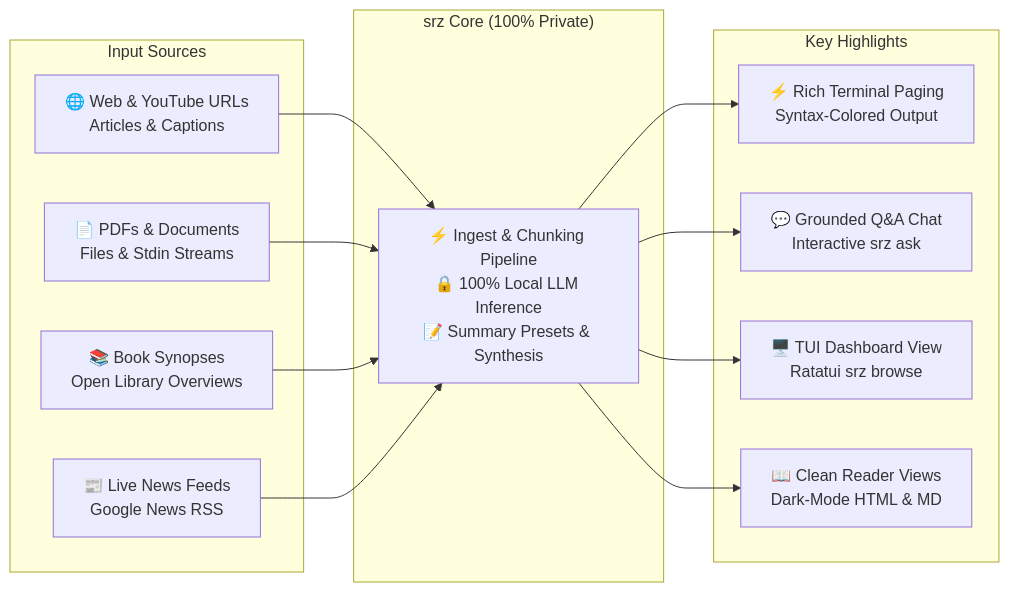
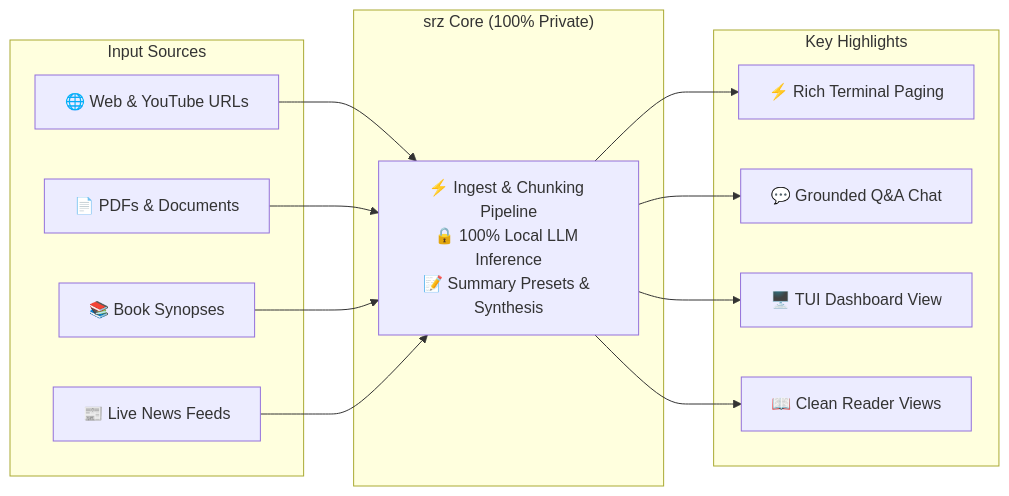
Before and after one commit to NewGuy012/srz: the diagram in README.md, drawn with Mermaid.

Commit message:
docs: remove second-line descriptions from README flowchart

````diff
--- a/README.md
+++ b/README.md
@@ -19,31 +19,31 @@
 ```mermaid
 %%{init: {"flowchart": {"minNodeWidth": 210, "minNodeHeight": 54}}}%%
 flowchart LR
     subgraph Sources["     Input Sources"]
-        S1["🌐 Web & YouTube URLs\nArticles & Captions"]
-        S2["📄 PDFs & Documents\nFiles & Stdin Streams"]
-        S3["📚 Book Synopses\nOpen Library Overviews"]
-        S4["📰 Live News Feeds\nGoogle News RSS"]
+        S1["🌐 Web & YouTube URLs"]
+        S2["📄 PDFs & Documents"]
+        S3["📚 Book Synopses"]
+        S4["📰 Live News Feeds"]
     end
 
     subgraph Core["    srz Core (100% Private)"]
         C["⚡ Ingest & Chunking Pipeline\n🔒 100% Local LLM Inference\n📝 Summary Presets & Synthesis"]
     end
 
     subgraph Highlights["     Key Highlights"]
-        H1["⚡ Rich Terminal Paging\nSyntax-Colored Output"]
-        H2["💬 Grounded Q&A Chat\nInteractive srz ask"]
-        H3["🖥️ TUI Dashboard View\nRatatui srz browse"]
-        H4["📖 Clean Reader Views\nDark-Mode HTML & MD"]
+        H1["⚡ Rich Terminal Paging"]
+        H2["💬 Grounded Q&A Chat"]
+        H3["🖥️ TUI Dashboard View"]
+        H4["📖 Clean Reader Views"]
     end
 
     S1 --> C
     S2 --> C
     S3 --> C
     S4 --> C
 
     C --> H1
     C --> H2
     C --> H3
     C --> H4
 ```
````
